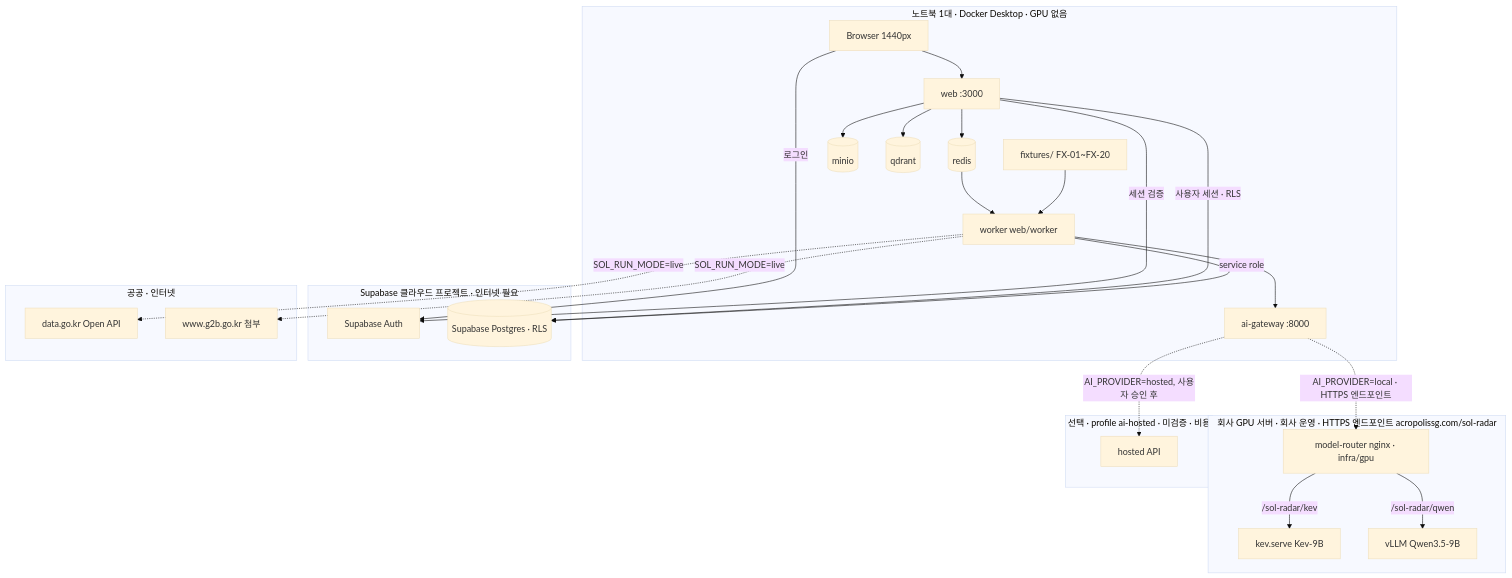
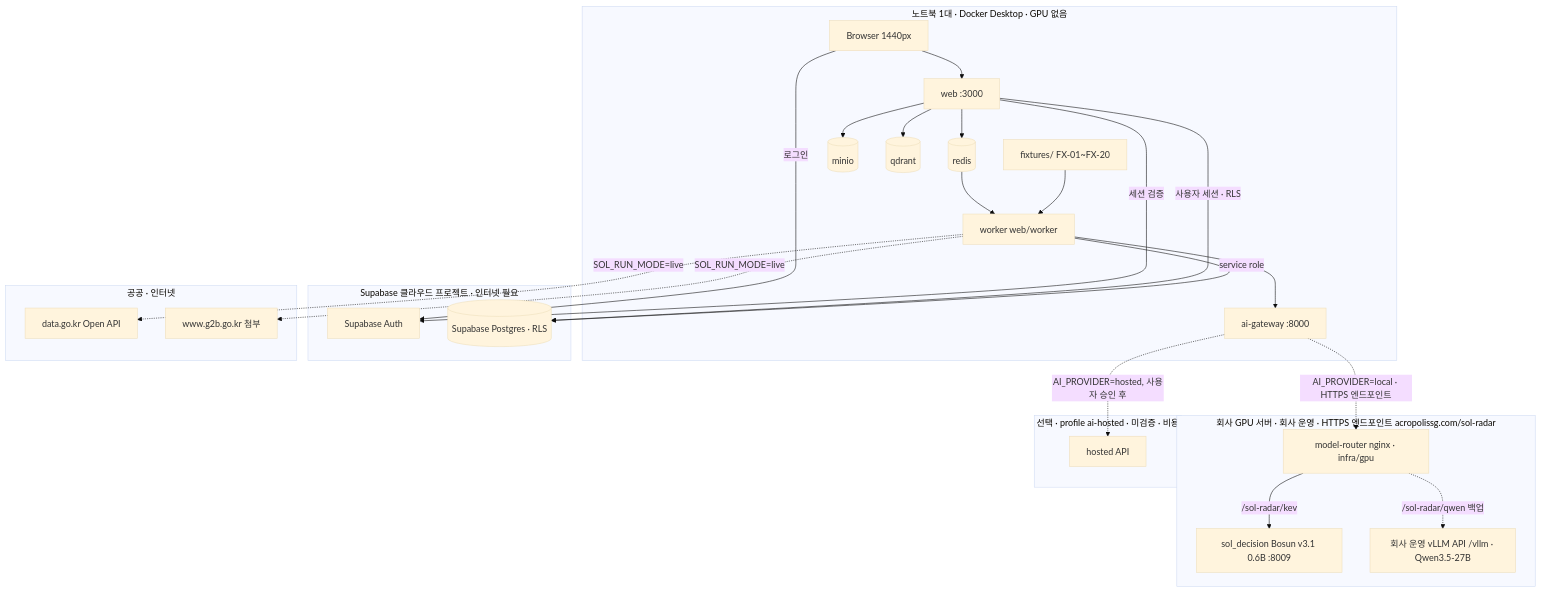
One commit to solideoai/sol-radar changed the third of 3 diagrams in docs/02-ARCHITECTURE.md. Above: the diagram before and after it, drawn with Mermaid (base theme). The commit also changed other lines of this file and 38 other files, not shown here.

First line of the commit message:
docs: ADR-034 결정 모델 Bosun 교체·Qwen3.5-27B API 정본 반영

````diff
--- a/docs/02-ARCHITECTURE.md
+++ b/docs/02-ARCHITECTURE.md
@@ -128,36 +129,36 @@
 ```mermaid
 flowchart TB
  subgraph laptop[노트북 1대 · Docker Desktop · GPU 없음]
   B["Browser 1440px"] --> W["web :3000"]
   W --> R[("redis")]
   W --> MIN[("minio")]
   W --> QD[("qdrant")]
   R --> WK["worker web/worker"]
   WK --> AI["ai-gateway :8000"]
   FX["fixtures/ FX-01~FX-20"] --> WK
  end
  subgraph cloud[Supabase 클라우드 프로젝트 · 인터넷 필요]
   SA["Supabase Auth"]
   PG[("Supabase Postgres · RLS")]
  end
  subgraph public[공공 · 인터넷]
   G2B["data.go.kr Open API"]
   ATT["www.g2b.go.kr 첨부"]
  end
  subgraph gpu[회사 GPU 서버 · 회사 운영 · HTTPS 엔드포인트 acropolissg.com/sol-radar]
   RT["model-router nginx · infra/gpu"]
-  RT -- /sol-radar/kev --> KEV["kev.serve Kev-9B"]
-  RT -- /sol-radar/qwen --> QW["vLLM Qwen3.5-9B"]
+  RT -- /sol-radar/kev --> KEV["sol_decision Bosun v3.1 0.6B :8009"]
+  RT -. /sol-radar/qwen 백업 .-> QW["회사 운영 vLLM API /vllm · Qwen3.5-27B"]
  end
  subgraph hosted[선택 · profile ai-hosted · 미검증 · 비용]
   OR["hosted API"]
  end
  B -- 로그인 --> SA
  W -- 세션 검증 --> SA
  W -- 사용자 세션 · RLS --> PG
  WK -- service role --> PG
  WK -. SOL_RUN_MODE=live .-> G2B
  WK -. SOL_RUN_MODE=live .-> ATT
  AI -. AI_PROVIDER=local · HTTPS 엔드포인트 .-> RT
  AI -. AI_PROVIDER=hosted, 사용자 승인 후 .-> OR
 ```
````
